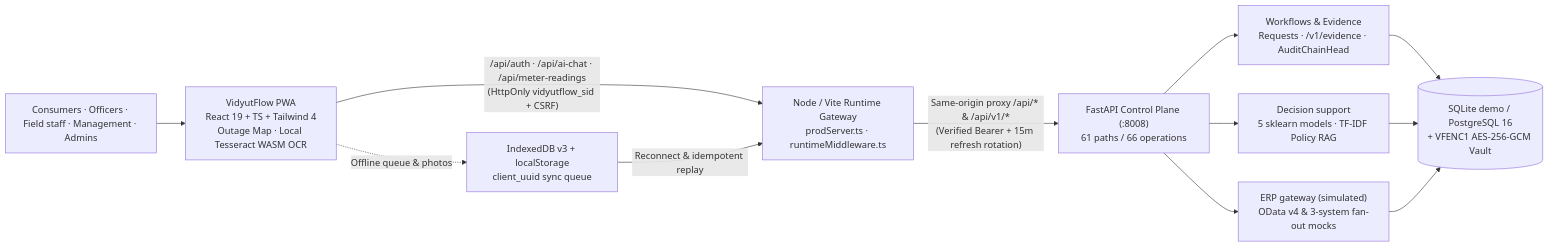
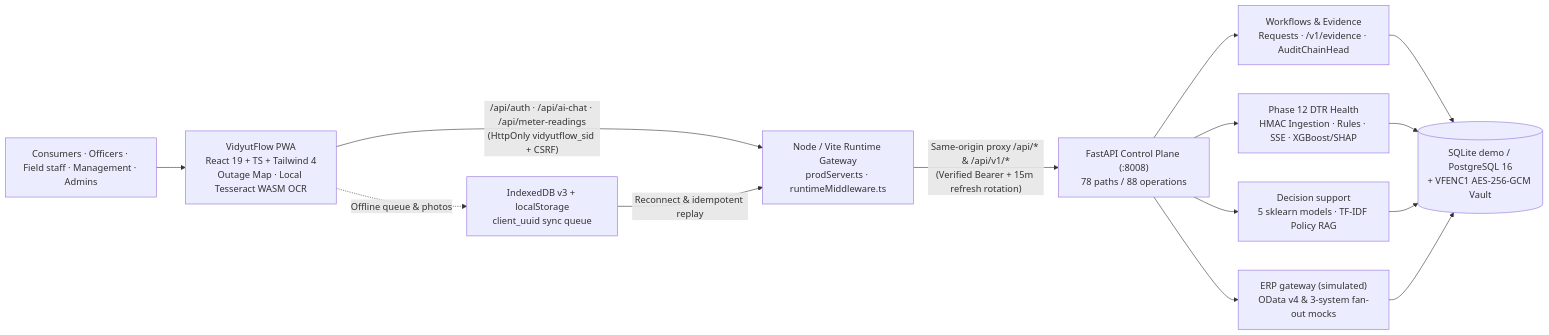
One commit to Yogeshsingh123-LAB/VidyutFlow changed the diagram in README.md. Above: the diagram before and after it, drawn with Mermaid. The commit also changed other lines of this file and 91 other files, not shown here.

Commit message:
feat(phase12): smart transformer health, telemetry, overload rules & predictive maintenance

````diff
--- a/README.md
+++ b/README.md
@@ -51,14 +52,16 @@
 ```mermaid
 flowchart LR
     USERS["Consumers · Officers · Field staff · Management · Admins"] --> PWA["VidyutFlow PWA<br/>React 19 + TS + Tailwind 4<br/>Outage Map · Local Tesseract WASM OCR"]
     PWA -. "Offline queue & photos" .-> IDB["IndexedDB v3 + localStorage<br/>client_uuid sync queue"]
     PWA -->|"/api/auth · /api/ai-chat · /api/meter-readings<br/>(HttpOnly vidyutflow_sid + CSRF)"| NODE["Node / Vite Runtime Gateway<br/>prodServer.ts · runtimeMiddleware.ts"]
     IDB -->|"Reconnect & idempotent replay"| NODE
-    NODE -->|"Same-origin proxy /api/* & /api/v1/*<br/>(Verified Bearer + 15m refresh rotation)"| API["FastAPI Control Plane (:8008)<br/>61 paths / 66 operations"]
+    NODE -->|"Same-origin proxy /api/* & /api/v1/*<br/>(Verified Bearer + 15m refresh rotation)"| API["FastAPI Control Plane (:8008)<br/>78 paths / 88 operations"]
     API --> WORK["Workflows & Evidence<br/>Requests · /v1/evidence · AuditChainHead"]
+    API --> DTR["Phase 12 DTR Health<br/>HMAC Ingestion · Rules · SSE · XGBoost/SHAP"]
     API --> SUPPORT["Decision support<br/>5 sklearn models · TF-IDF Policy RAG"]
     API --> ERP["ERP gateway (simulated)<br/>OData v4 & 3-system fan-out mocks"]
     WORK --> DATA[("SQLite demo / PostgreSQL 16<br/>+ VFENC1 AES-256-GCM Vault")]
+    DTR --> DATA
     SUPPORT --> DATA
     ERP --> DATA
 ```
````
